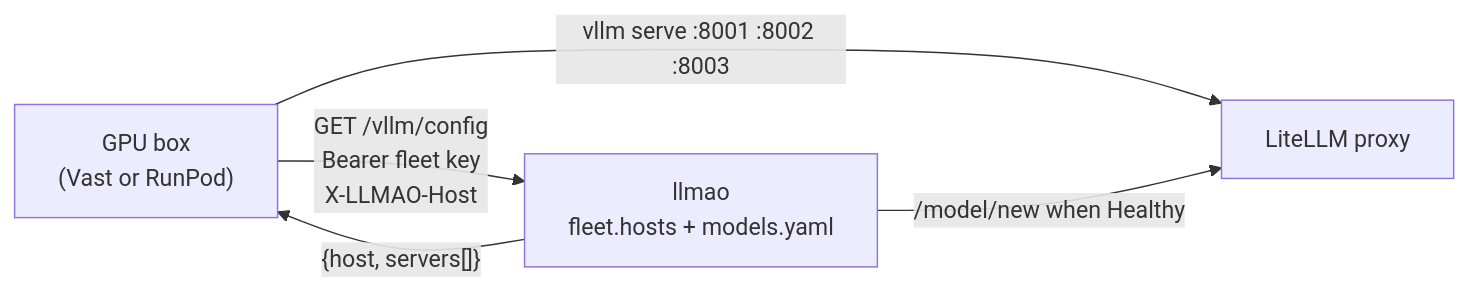
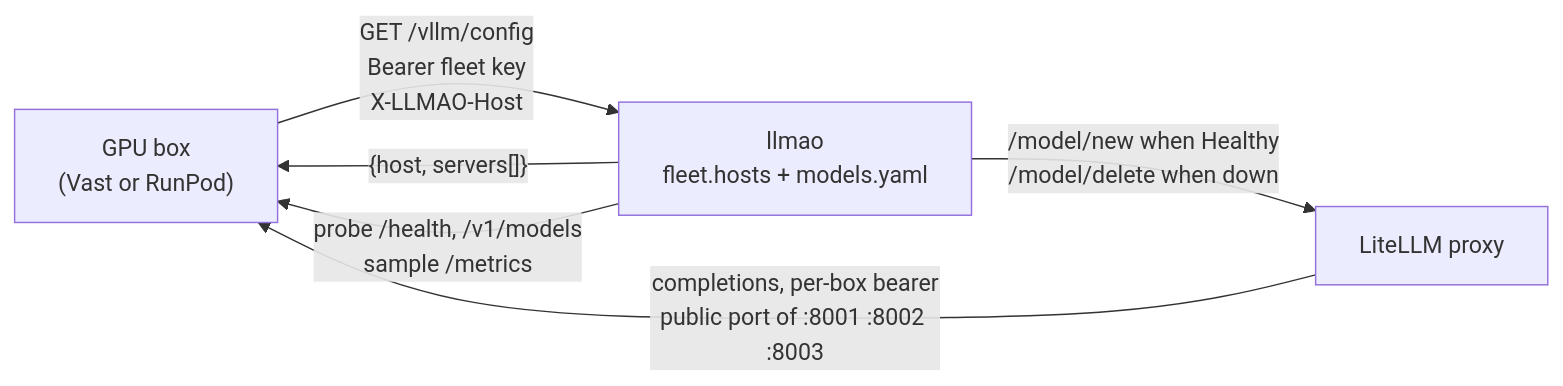
The diagram in docs/box-protocol.md (apache/tooling-llmao), drawn with Mermaid before and after one commit.

Commit message:
docs: box protocol diagram: traffic flows from LiteLLM to the box, and llmao probes it
The old arrow had the box sending "vllm serve" to LiteLLM. LiteLLM
dials the box on its public port with the per-box bearer; llmao probes
/health and /v1/models and samples /metrics; and the deployment is
deleted when the box is down, not only added when Healthy.

````diff
--- a/docs/box-protocol.md
+++ b/docs/box-protocol.md
@@ -10,10 +10,11 @@
 ```mermaid
 flowchart LR
     BOX["GPU box<br/>(Vast or RunPod)"]
     LLMAO["llmao<br/>fleet.hosts + models.yaml"]
     LITELLM["LiteLLM proxy"]
     BOX -- "GET /vllm/config<br/>Bearer fleet key<br/>X-LLMAO-Host" --> LLMAO
     LLMAO -- "{host, servers[]}" --> BOX
-    BOX -- "vllm serve :8001 :8002 :8003" --> LITELLM
-    LLMAO -- "/model/new when Healthy" --> LITELLM
+    LLMAO -- "probe /health, /v1/models<br/>sample /metrics" --> BOX
+    LLMAO -- "/model/new when Healthy<br/>/model/delete when down" --> LITELLM
+    LITELLM -- "completions, per-box bearer<br/>public port of :8001 :8002 :8003" --> BOX
 ```
````
